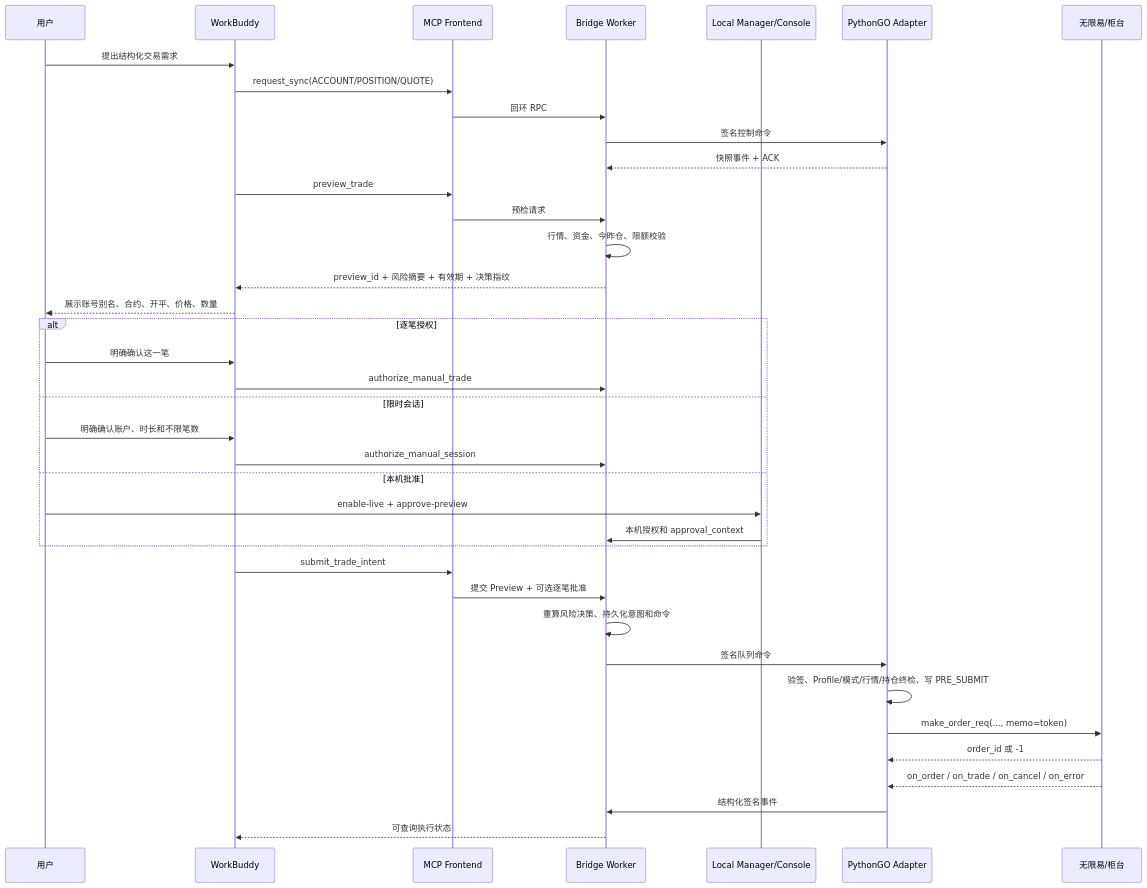
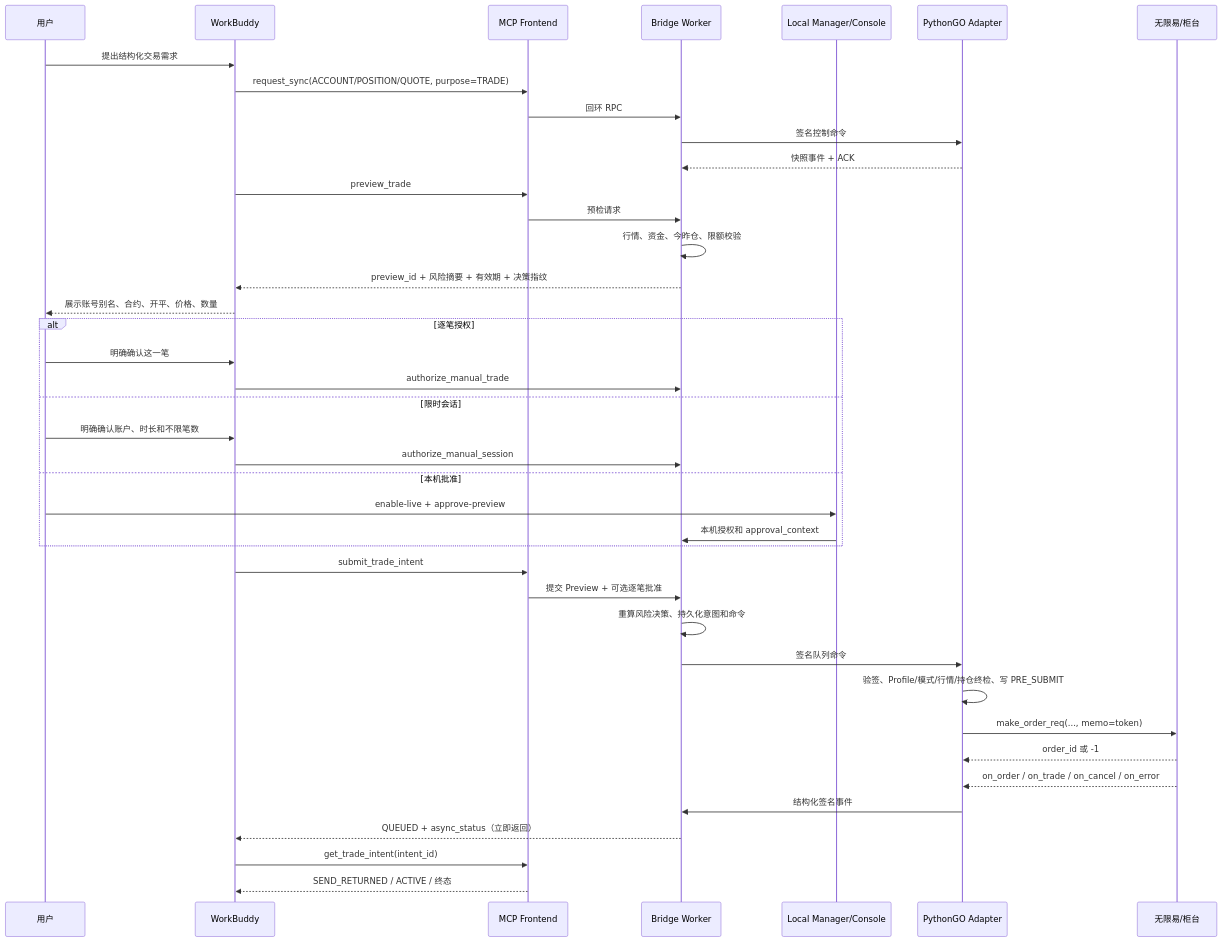
The second of 2 diagrams in docs/DESIGN.zh-CN.md (peppaboar95/workbuddy-pythongo-bridge), drawn with Mermaid before and after one commit. The commit also changed other lines of this file and 18 other files, not shown here.

````diff
--- a/docs/DESIGN.zh-CN.md
+++ b/docs/DESIGN.zh-CN.md
@@ -942,41 +944,43 @@
 ```mermaid
 sequenceDiagram
     participant U as 用户
     participant W as WorkBuddy
     participant M as MCP Frontend
     participant B as Bridge Worker
     participant C as Local Manager/Console
     participant A as PythonGO Adapter
     participant I as 无限易/柜台
 
     U->>W: 提出结构化交易需求
-    W->>M: request_sync(ACCOUNT/POSITION/QUOTE)
+    W->>M: request_sync(ACCOUNT/POSITION/QUOTE, purpose=TRADE)
     M->>B: 回环 RPC
     B->>A: 签名控制命令
     A-->>B: 快照事件 + ACK
     W->>M: preview_trade
     M->>B: 预检请求
     B->>B: 行情、资金、今昨仓、限额校验
     B-->>W: preview_id + 风险摘要 + 有效期 + 决策指纹
     W-->>U: 展示账号别名、合约、开平、价格、数量
     alt 逐笔授权
         U->>W: 明确确认这一笔
         W->>B: authorize_manual_trade
     else 限时会话
         U->>W: 明确确认账户、时长和不限笔数
         W->>B: authorize_manual_session
     else 本机批准
         U->>C: enable-live + approve-preview
         C->>B: 本机授权和 approval_context
     end
     W->>M: submit_trade_intent
     M->>B: 提交 Preview + 可选逐笔批准
     B->>B: 重算风险决策、持久化意图和命令
     B->>A: 签名队列命令
     A->>A: 验签、Profile/模式/行情/持仓终检、写 PRE_SUBMIT
     A->>I: make_order_req(..., memo=token)
     I-->>A: order_id 或 -1
     I-->>A: on_order / on_trade / on_cancel / on_error
     A->>B: 结构化签名事件
-    B-->>W: 可查询执行状态
+    B-->>W: QUEUED + async_status（立即返回）
+    W->>M: get_trade_intent(intent_id)
+    M-->>W: SEND_RETURNED / ACTIVE / 终态
 ```
````
